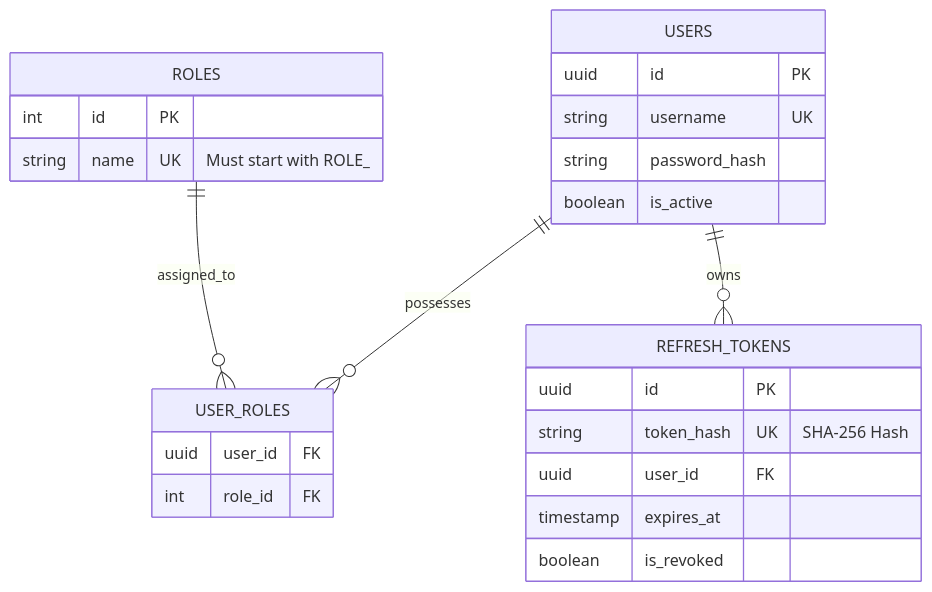
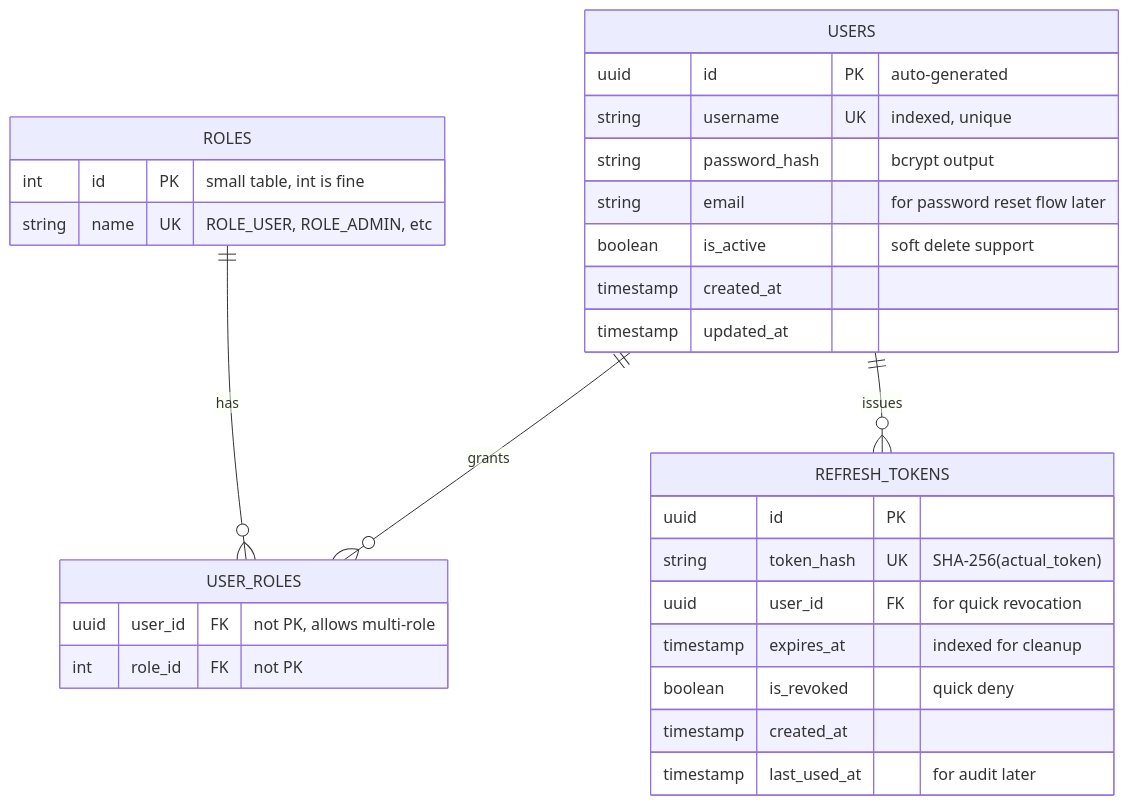
Before and after one commit to SudegoraAnkit/lumina-task-orchestrator: the fourth of 4 diagrams in auth-server/SystemDoc/LLD/auth-server-design.md, drawn with Mermaid. The commit also changed other lines of this file, not shown here.

````diff
--- a/auth-server/SystemDoc/LLD/auth-server-design.md
+++ b/auth-server/SystemDoc/LLD/auth-server-design.md
@@ -144,32 +185,36 @@
 ```mermaid
 erDiagram
     USERS {
-        uuid id PK
-        string username UK
-        string password_hash
-        boolean is_active
+        uuid id PK "auto-generated"
+        string username UK "indexed, unique"
+        string password_hash "bcrypt output"
+        string email "for password reset flow later"
+        boolean is_active "soft delete support"
+        timestamp created_at
+        timestamp updated_at
     }
     
     ROLES {
-        int id PK
-        string name UK "Must start with ROLE_"
+        int id PK "small table, int is fine"
+        string name UK "ROLE_USER, ROLE_ADMIN, etc"
     }
     
     USER_ROLES {
-        uuid user_id FK
-        int role_id FK
+        uuid user_id FK "not PK, allows multi-role"
+        int role_id FK "not PK"
     }
     
     REFRESH_TOKENS {
         uuid id PK
-        string token_hash UK "SHA-256 Hash"
-        uuid user_id FK
-        timestamp expires_at
-        boolean is_revoked
+        string token_hash UK "SHA-256(actual_token)"
+        uuid user_id FK "for quick revocation"
+        timestamp expires_at "indexed for cleanup"
+        boolean is_revoked "quick deny"
+        timestamp created_at
+        timestamp last_used_at "for audit later"
     }
 
-    USERS ||--o{ USER_ROLES : possesses
-    ROLES ||--o{ USER_ROLES : assigned_to
-    USERS ||--o{ REFRESH_TOKENS : owns
-
+    USERS ||--o{ USER_ROLES : "grants"
+    ROLES ||--o{ USER_ROLES : "has"
+    USERS ||--o{ REFRESH_TOKENS : "issues"
 ```
````
